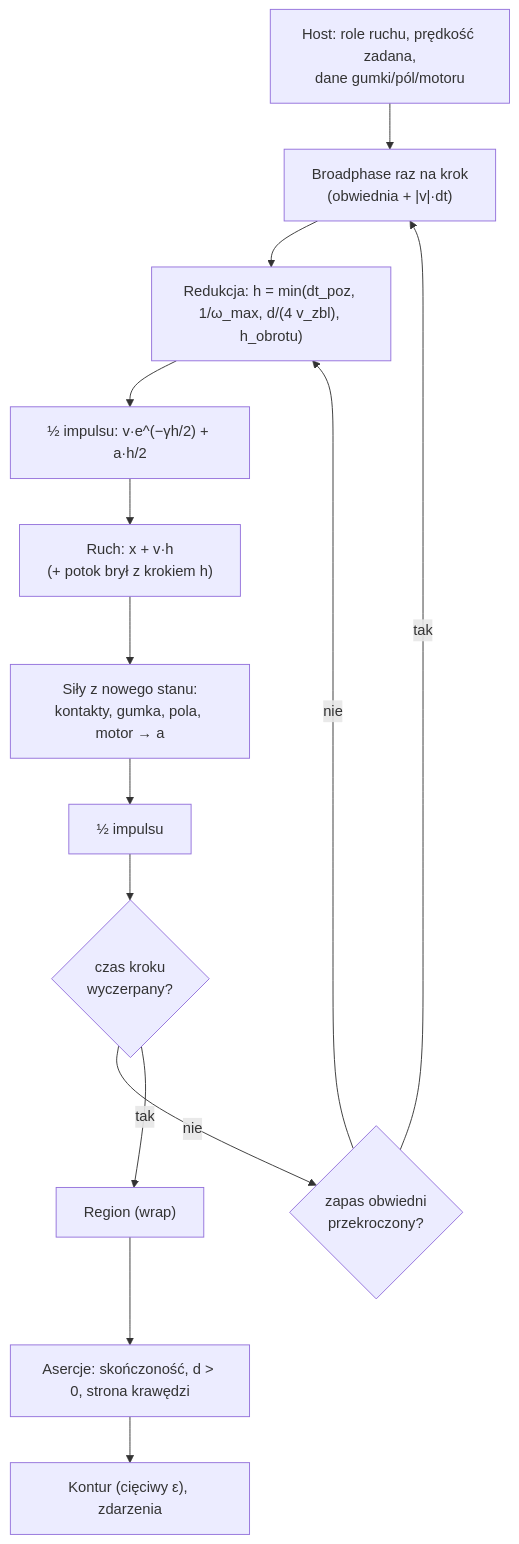
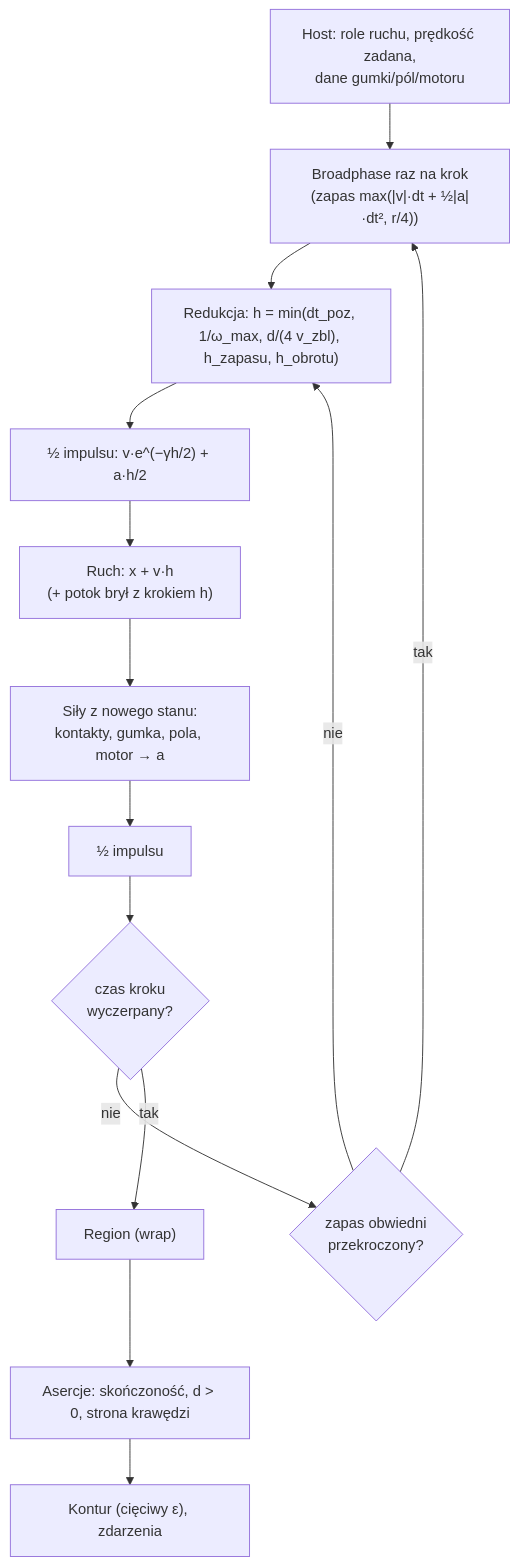
Before and after one commit to MariuszAdamowicz/BubblePhysics: the third of 3 diagrams in docs/sdlc/changes/2026-11-23-engine-4-0-0/change-design.md, drawn with Mermaid. The commit also changed other lines of this file, not shown here.

First line of the commit message:
docs(change-design): poprawki po przeglądzie (pętla 2, runda 1) — krok bez postępu przez rozdzielczość pozycji, wymuszenie przebudowy w testach

````diff
--- a/docs/sdlc/changes/2026-11-23-engine-4-0-0/change-design.md
+++ b/docs/sdlc/changes/2026-11-23-engine-4-0-0/change-design.md
@@ -196,16 +199,16 @@
 ```mermaid
 flowchart TD
-  host["Host: role ruchu, prędkość zadana,<br/>dane gumki/pól/motoru"] --> bp["Broadphase raz na krok<br/>(obwiednia + |v|·dt)"]
-  bp --> h["Redukcja: h = min(dt_poz, 1/ω_max, d/(4 v_zbl), h_obrotu)"]
+  host["Host: role ruchu, prędkość zadana,<br/>dane gumki/pól/motoru"] --> bp["Broadphase raz na krok<br/>(zapas max(|v|·dt + ½|a|·dt², r/4))"]
+  bp --> h["Redukcja: h = min(dt_poz, 1/ω_max, d/(4 v_zbl), h_zapasu, h_obrotu)"]
   h --> k1["½ impulsu: v·e^(−γh/2) + a·h/2"]
   k1 --> d["Ruch: x + v·h<br/>(+ potok brył z krokiem h)"]
   d --> f["Siły z nowego stanu:<br/>kontakty, gumka, pola, motor → a"]
   f --> k2["½ impulsu"]
   k2 --> m{"czas kroku<br/>wyczerpany?"}
   m -- nie --> rb{"zapas obwiedni<br/>przekroczony?"}
   rb -- tak --> bp
   rb -- nie --> h
   m -- tak --> reg["Region (wrap)"]
   reg --> as["Asercje: skończoność, d > 0, strona krawędzi"]
   as --> out["Kontur (cięciwy ε), zdarzenia"]
 ```
````
